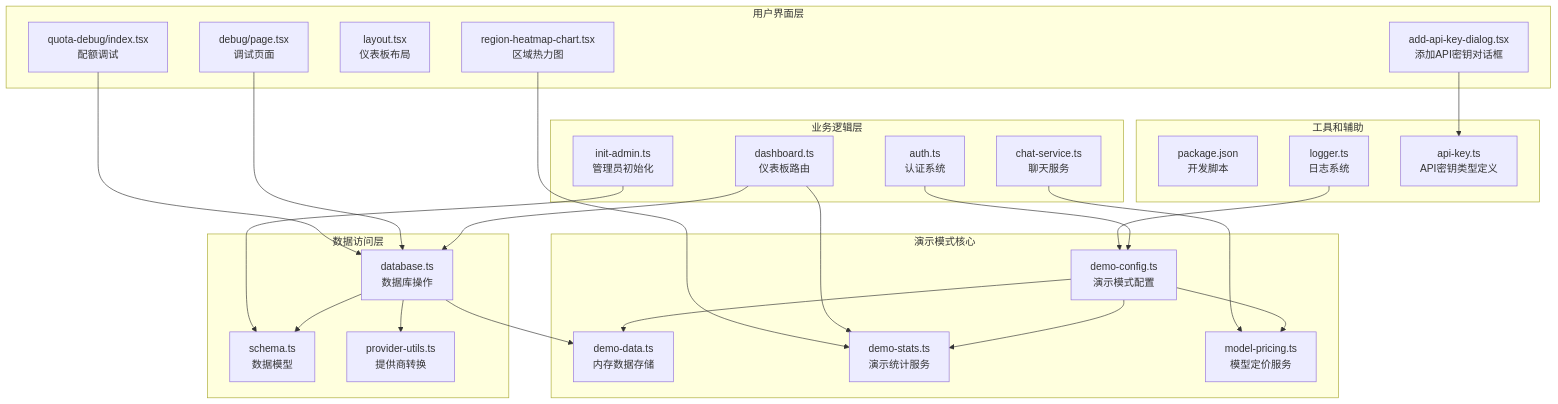
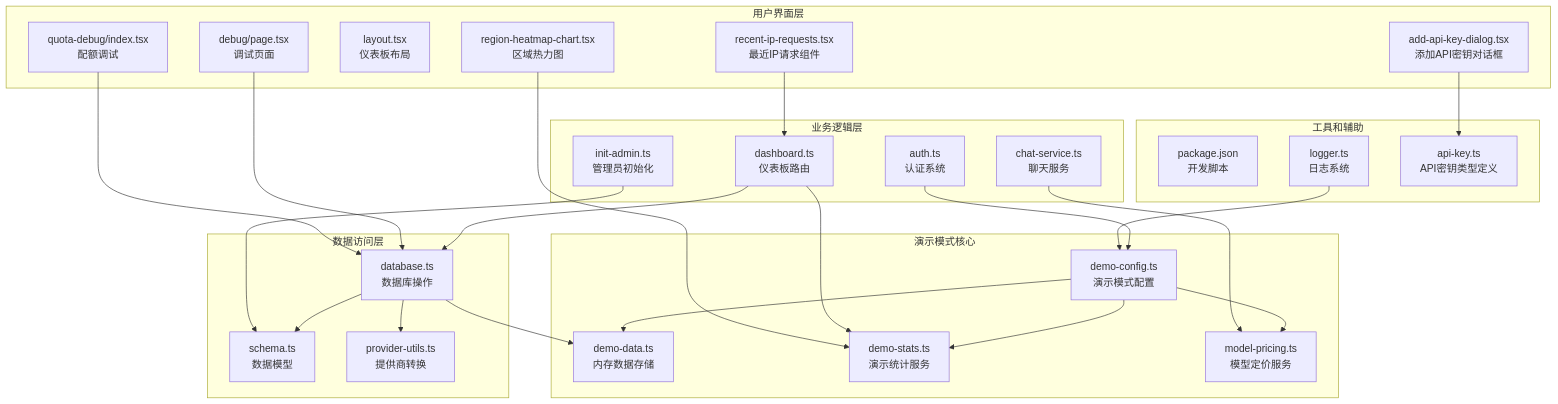
One commit to RadiumAg/AIGate changed the first of 12 diagrams in .qoder/repowiki/zh/content/核心功能/演示模式系统.md. Above: the diagram before and after it, drawn with Mermaid. The commit also changed other lines of this file and 8 other files, not shown here.

````diff
--- a/.qoder/repowiki/zh/content/核心功能/演示模式系统.md
+++ b/.qoder/repowiki/zh/content/核心功能/演示模式系统.md
@@ -64,48 +67,50 @@
 ```mermaid
 graph TB
 subgraph "演示模式核心"
 DC[demo-config.ts<br/>演示模式配置]
 DD[demo-data.ts<br/>内存数据存储]
 DS[demo-stats.ts<br/>演示统计服务]
 MP[model-pricing.ts<br/>模型定价服务]
 end
 subgraph "数据访问层"
 DB[database.ts<br/>数据库操作]
 SC[schema.ts<br/>数据模型]
 PU[provider-utils.ts<br/>提供商转换]
 end
 subgraph "业务逻辑层"
 DR[dashboard.ts<br/>仪表板路由]
 AU[auth.ts<br/>认证系统]
 IL[init-admin.ts<br/>管理员初始化]
 CS[chat-service.ts<br/>聊天服务]
 end
 subgraph "用户界面层"
 DP[debug/page.tsx<br/>调试页面]
 QD[quota-debug/index.tsx<br/>配额调试]
 DL[layout.tsx<br/>仪表板布局]
 RHC[region-heatmap-chart.tsx<br/>区域热力图]
 AKD[add-api-key-dialog.tsx<br/>添加API密钥对话框]
+RIR[recent-ip-requests.tsx<br/>最近IP请求组件]
 end
 subgraph "工具和辅助"
 PKG[package.json<br/>开发脚本]
 LG[logger.ts<br/>日志系统]
 TK[api-key.ts<br/>API密钥类型定义]
 end
 DC --> DD
 DC --> DS
 DC --> MP
 DB --> DD
 DB --> SC
 DB --> PU
 DR --> DS
 DR --> DB
 DP --> DB
 QD --> DB
 AU --> DC
 IL --> SC
 CS --> MP
 AKD --> TK
 LG --> DC
 RHC --> DS
+RIR --> DR
 ```
````
